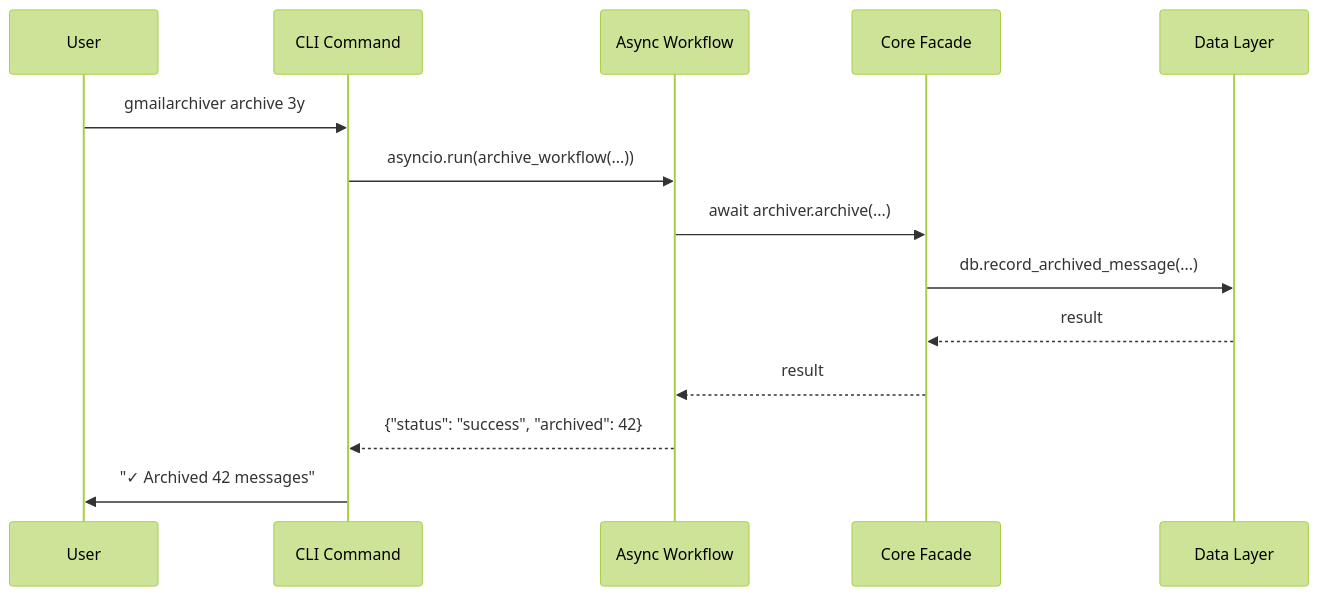
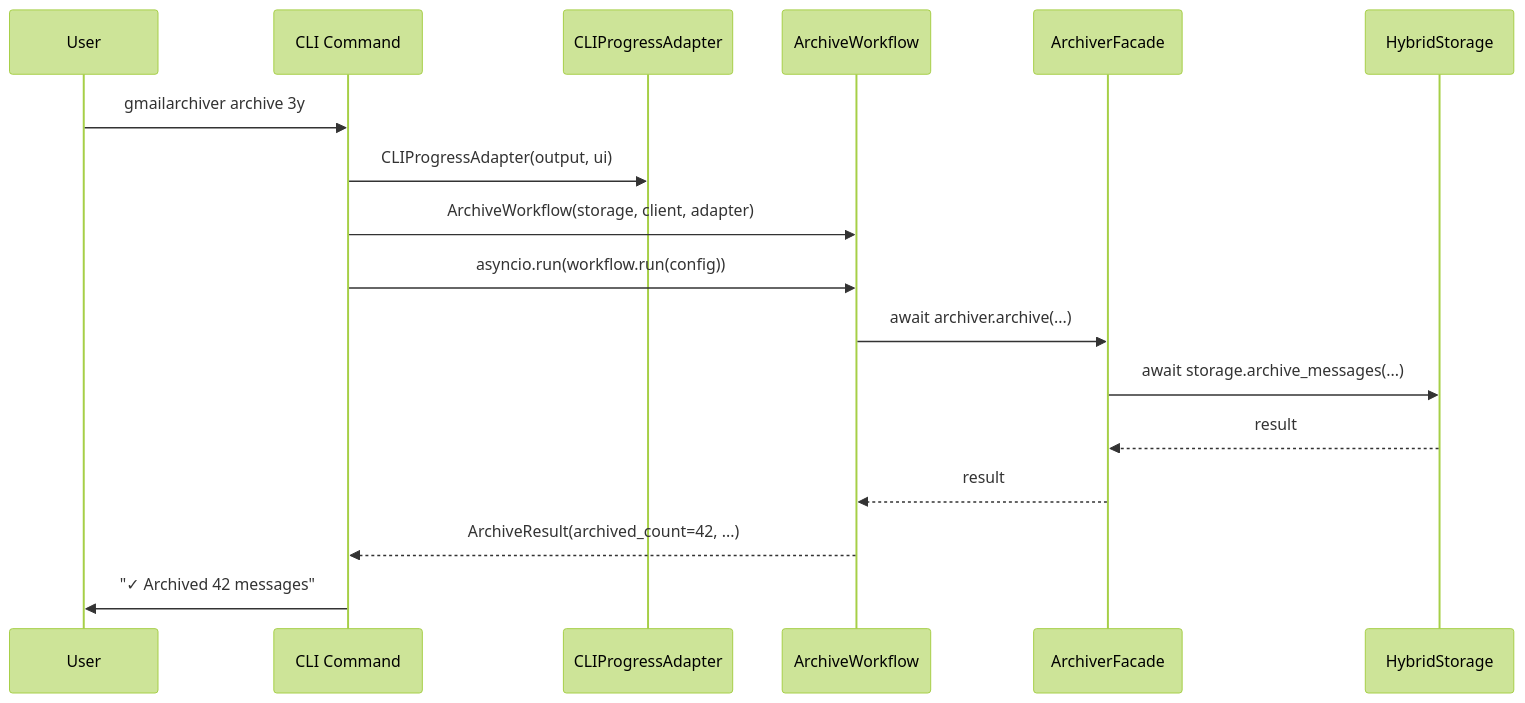
The third of 4 diagrams in src/gmailarchiver/core/workflows/ARCHITECTURE.md (tumma72/GMailArchiver), drawn with Mermaid (forest theme) before and after one commit. The commit also changed other lines of this file and 81 other files, not shown here.

First line of the commit message:
refactor: Complete core layer integration with thin client CLI pattern

````diff
--- a/src/gmailarchiver/core/workflows/ARCHITECTURE.md
+++ b/src/gmailarchiver/core/workflows/ARCHITECTURE.md
@@ -126,19 +225,22 @@
 ```mermaid
 sequenceDiagram
     participant User
     participant CLI as CLI Command
-    participant Workflow as Async Workflow
-    participant Core as Core Facade
-    participant Data as Data Layer
+    participant Adapter as CLIProgressAdapter
+    participant Workflow as ArchiveWorkflow
+    participant Facade as ArchiverFacade
+    participant Storage as HybridStorage
 
     User->>CLI: gmailarchiver archive 3y
-    CLI->>Workflow: asyncio.run(archive_workflow(...))
-    
-    Workflow->>Core: await archiver.archive(...)
-    Core->>Data: db.record_archived_message(...)
-    Data-->>Core: result
-    Core-->>Workflow: result
-    
-    Workflow-->>CLI: {"status": "success", "archived": 42}
+    CLI->>Adapter: CLIProgressAdapter(output, ui)
+    CLI->>Workflow: ArchiveWorkflow(storage, client, adapter)
+    CLI->>Workflow: asyncio.run(workflow.run(config))
+
+    Workflow->>Facade: await archiver.archive(...)
+    Facade->>Storage: await storage.archive_messages(...)
+    Storage-->>Facade: result
+    Facade-->>Workflow: result
+
+    Workflow-->>CLI: ArchiveResult(archived_count=42, ...)
     CLI->>User: "✓ Archived 42 messages"
 ```
````
